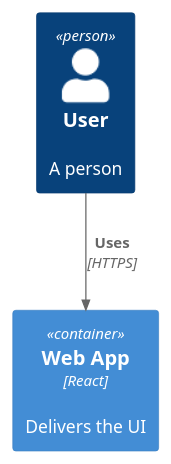
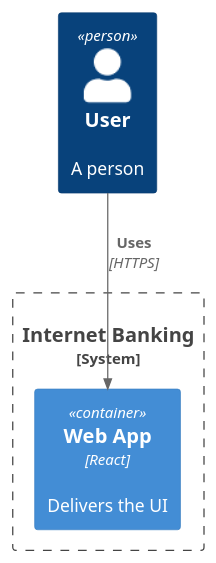
Before and after one commit to laicasaane/vmarkd-visual-markdown-editor: the first of 3 diagrams in test/vscode-e2e/fixtures/plantuml-stdlib.md, drawn with PlantUML. The commit also changed 4 other files, not shown here.

First line of the commit message:
fix(diagram): adapt PlantUML stdlib colours to dark themes (task 382)

````diff
--- a/test/vscode-e2e/fixtures/plantuml-stdlib.md
+++ b/test/vscode-e2e/fixtures/plantuml-stdlib.md
@@ -5,8 +5,12 @@
 ```plantuml
 @startuml
 !include <C4/C4_Container>
 Person(user, "User", "A person")
-Container(web, "Web App", "React", "Delivers the UI")
+' The boundary is load-bearing for task 382: it is drawn as a rect with a `#00000000` (transparent)
+' fill, and a theming pass that mistakes that for the darkest ink paints it SOLID over the diagram.
+System_Boundary(c1, "Internet Banking") {
+  Container(web, "Web App", "React", "Delivers the UI")
+}
 Rel(user, web, "Uses", "HTTPS")
 @enduml
 ```
````
